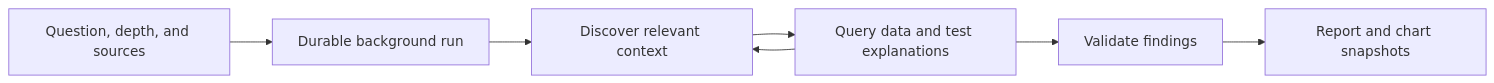
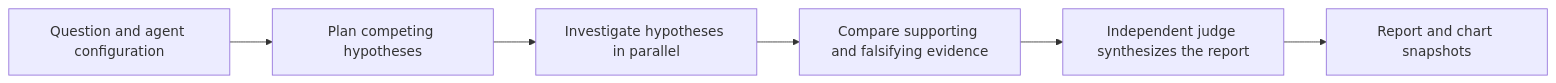
One commit to lightdash/mintlify-docs changed the diagram in guides/ai-agents/deep-research.mdx. Above: the diagram before and after it, drawn with Mermaid. The commit also changed other lines of this file and 1 other file, not shown here.

````diff
--- a/guides/ai-agents/deep-research.mdx
+++ b/guides/ai-agents/deep-research.mdx
@@ -41,9 +41,8 @@
 ```mermaid
 flowchart LR
-    A["Question, depth, and sources"] --> B["Durable background run"]
-    B --> C["Discover relevant context"]
-    C --> D["Query data and test explanations"]
-    D --> C
-    D --> E["Validate findings"]
+    A["Question and agent configuration"] --> B["Plan competing hypotheses"]
+    B --> C["Investigate hypotheses in parallel"]
+    C --> D["Compare supporting and falsifying evidence"]
+    D --> E["Independent judge synthesizes the report"]
     E --> F["Report and chart snapshots"]
 ```
````
